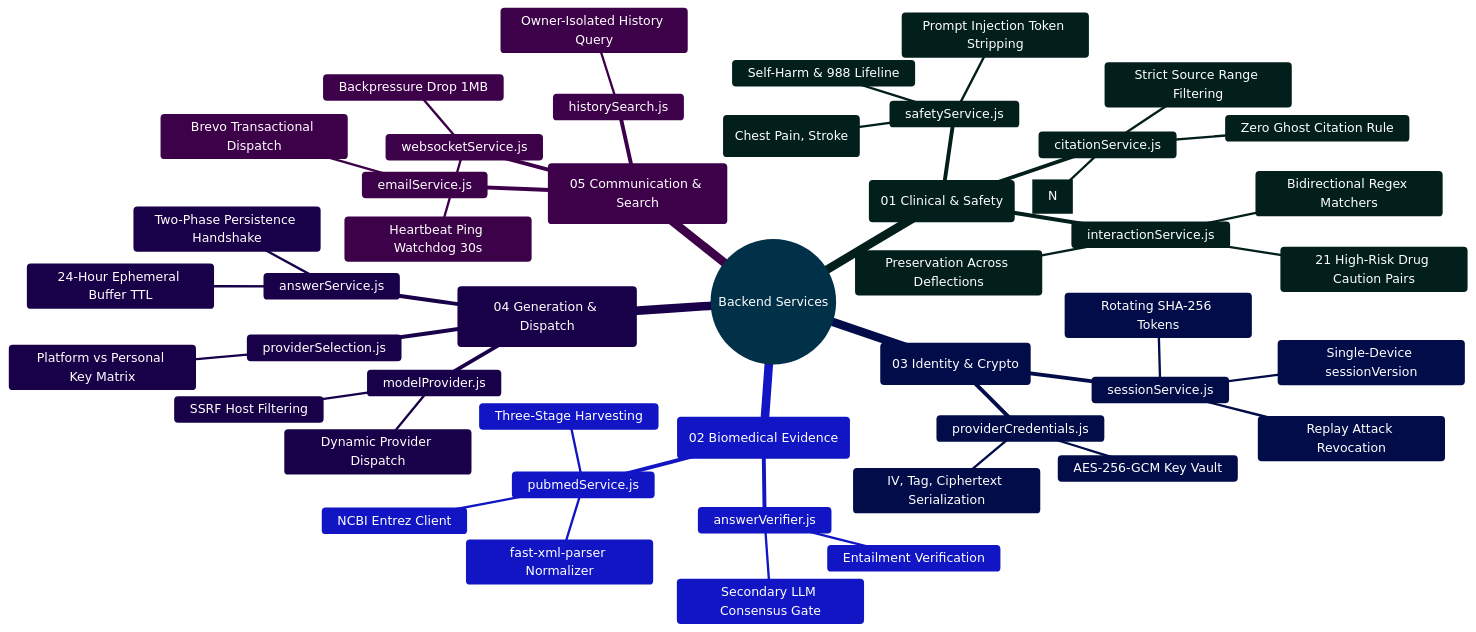
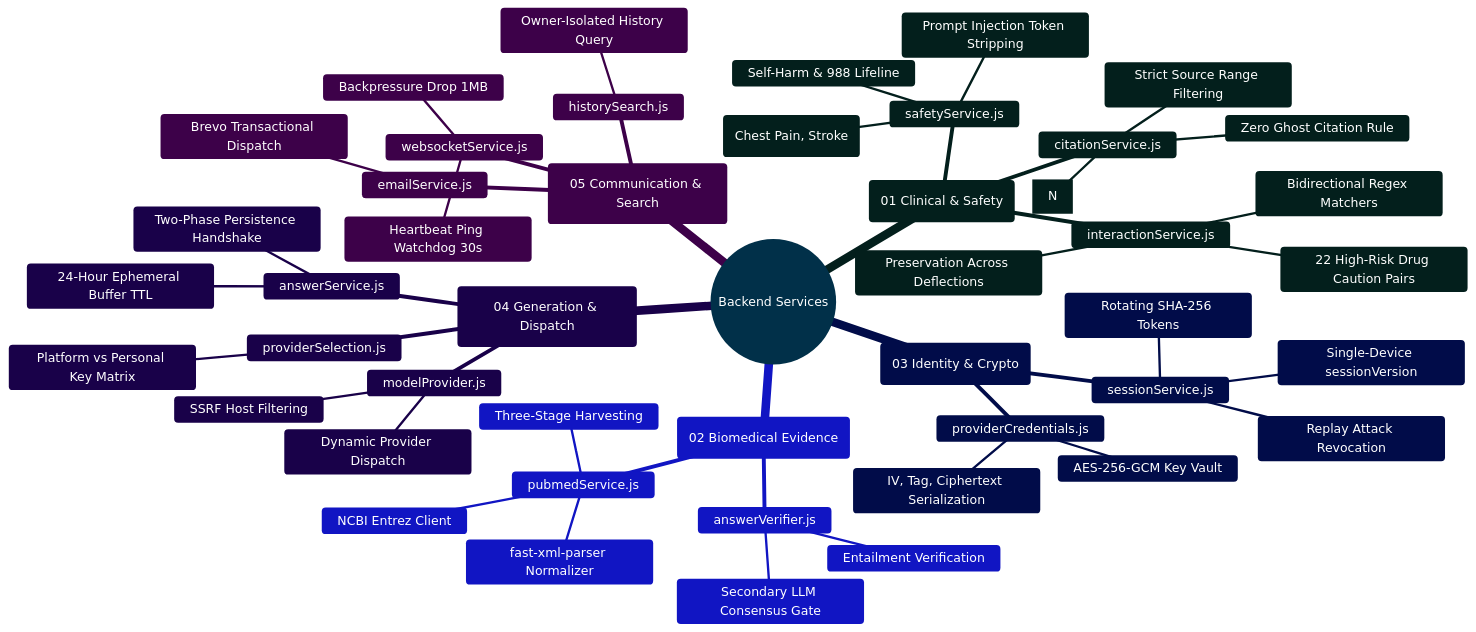
Before and after one commit to Ganesh172919/React-App-LLM: the diagram in backend/services/README.md, drawn with Mermaid. The commit also changed other lines of this file and 46 other files, not shown here.

````diff
--- a/backend/services/README.md
+++ b/backend/services/README.md
@@ -65,52 +65,52 @@
 ```mermaid
 %%{init: {'theme': 'base', 'themeVariables': { 'primaryColor': '#0284c7', 'primaryTextColor': '#ffffff', 'primaryBorderColor': '#0369a1', 'lineColor': '#0284c7', 'secondaryColor': '#0d9488', 'tertiaryColor': '#6366f1' }}}%%
 mindmap
   root((Backend Services))
     ::icon(fa fa-server)
     (01 Clinical & Safety)
       safetyService.js
         Self-Harm & 988 Lifeline
         Emergency Deflections (Chest Pain, Stroke)
         Prompt Injection Token Stripping
       interactionService.js
-        21 High-Risk Drug Caution Pairs
+        22 High-Risk Drug Caution Pairs
         Bidirectional Regex Matchers
         Preservation Across Deflections
       citationService.js
         Numerical Bracket Matcher [N]
         Zero Ghost Citation Rule
         Strict Source Range Filtering
     (02 Biomedical Evidence)
       pubmedService.js
         NCBI Entrez Client
         Three-Stage Harvesting
         fast-xml-parser Normalizer
       answerVerifier.js
         Secondary LLM Consensus Gate
         Entailment Verification
     (03 Identity & Crypto)
       sessionService.js
         Single-Device sessionVersion
         Rotating SHA-256 Tokens
         Replay Attack Revocation
       providerCredentials.js
         AES-256-GCM Key Vault
         IV, Tag, Ciphertext Serialization
     (04 Generation & Dispatch)
       answerService.js
         Two-Phase Persistence Handshake
         24-Hour Ephemeral Buffer TTL
       modelProvider.js
         Dynamic Provider Dispatch
         SSRF Host Filtering
       providerSelection.js
         Platform vs Personal Key Matrix
     (05 Communication & Search)
       websocketService.js
         Heartbeat Ping Watchdog 30s
         Backpressure Drop 1MB
       historySearch.js
         Owner-Isolated History Query
       emailService.js
         Brevo Transactional Dispatch
 ```
````
